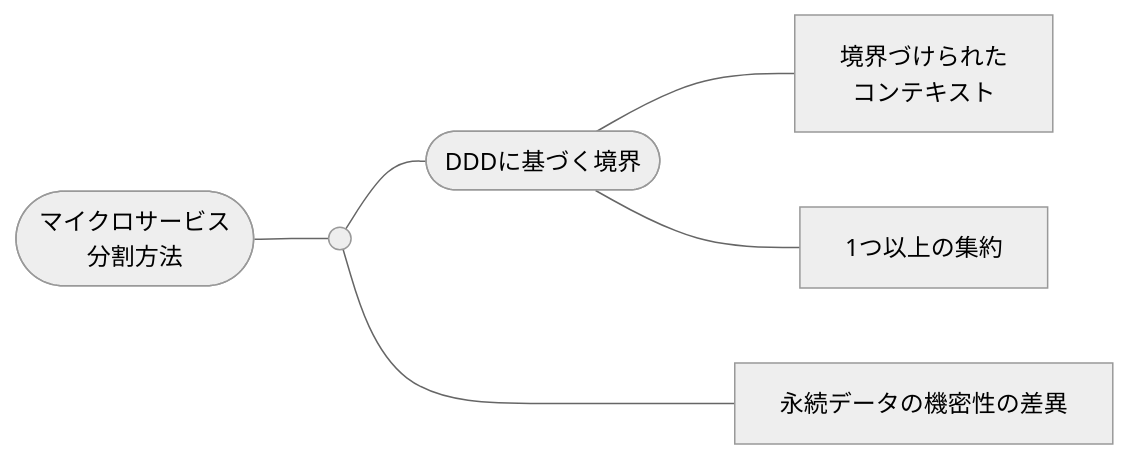
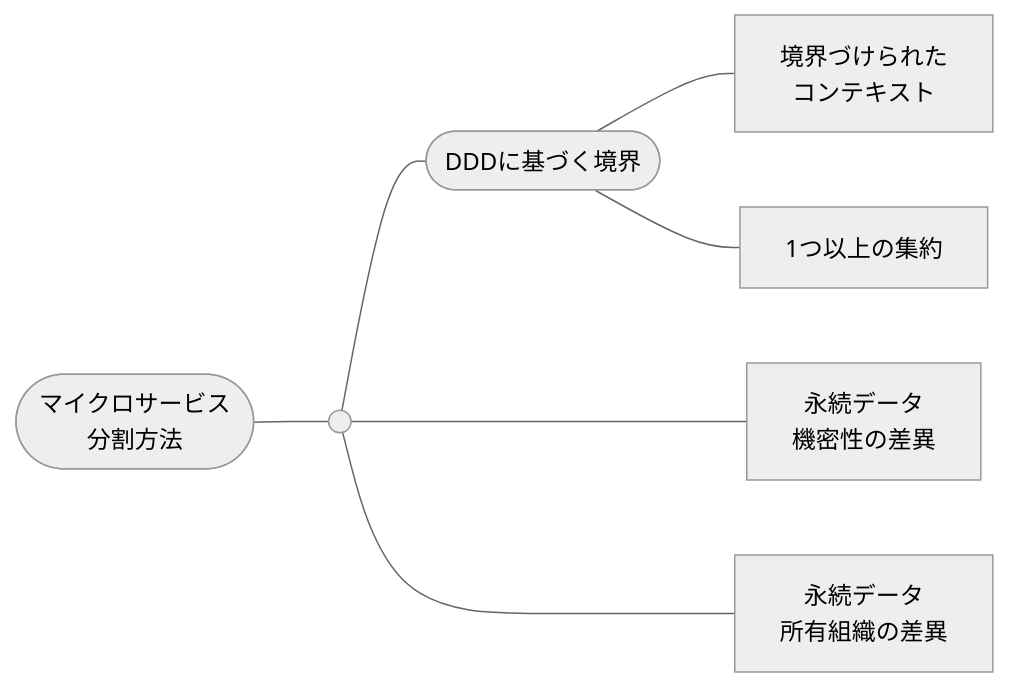
One commit to hiroki-it/tech-notebook changed the seventh of 24 diagrams in docs/software/software_application_architecture_microservices_cloudnative.md. Above: the diagram before and after it, drawn with Mermaid (neutral theme). The commit also changed other lines of this file and 1 other file, not shown here.

Commit message:
update ノートを更新した。

````diff
--- a/docs/software/software_application_architecture_microservices_cloudnative.md
+++ b/docs/software/software_application_architecture_microservices_cloudnative.md
@@ -717,9 +717,9 @@
 ```mermaid
 flowchart LR
   マイクロサービス分割方法([マイクロサービス<br>分割方法]) --- マイクロサービス分割方法の基点(( ))
   マイクロサービス分割方法の基点 --- DDDに基づく境界([DDDに基づく境界])
   DDDに基づく境界 --- 境界づけられたコンテキスト[境界づけられた<br>コンテキスト]
   DDDに基づく境界 --- 1つ以上のルートエンティティ群[1つ以上の集約]
-  マイクロサービス分割方法の基点 ---- 永続データの機密性の差異
-
+  マイクロサービス分割方法の基点 ---- 永続データの機密性差異[永続データ<br>機密性の差異]
+  マイクロサービス分割方法の基点 ---- 永続データの所有組織差異[永続データ<br>所有組織の差異]
 ```
````
